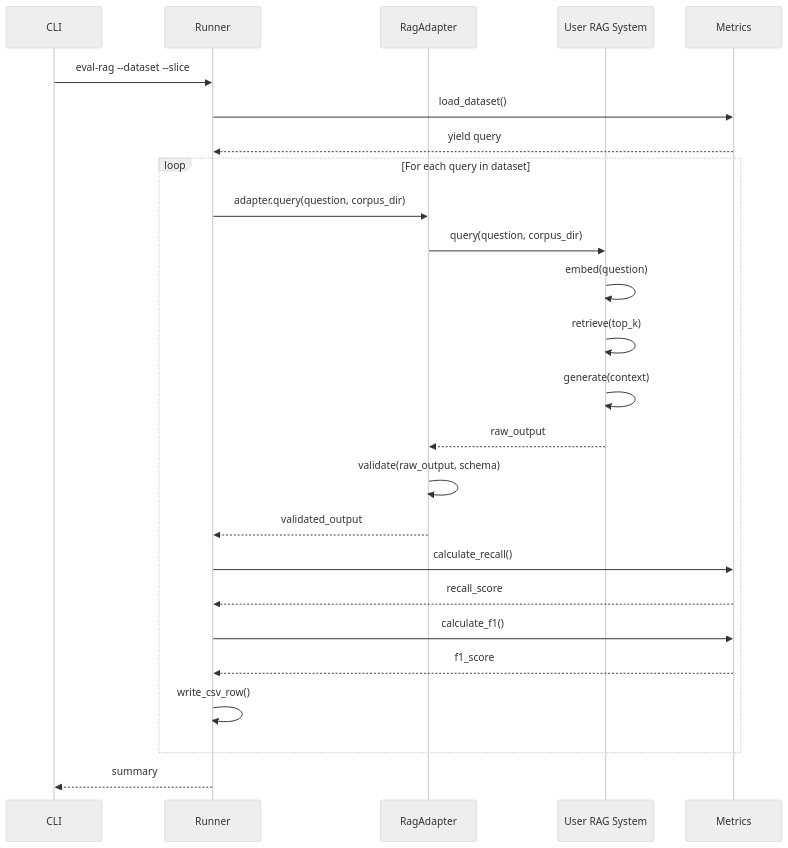
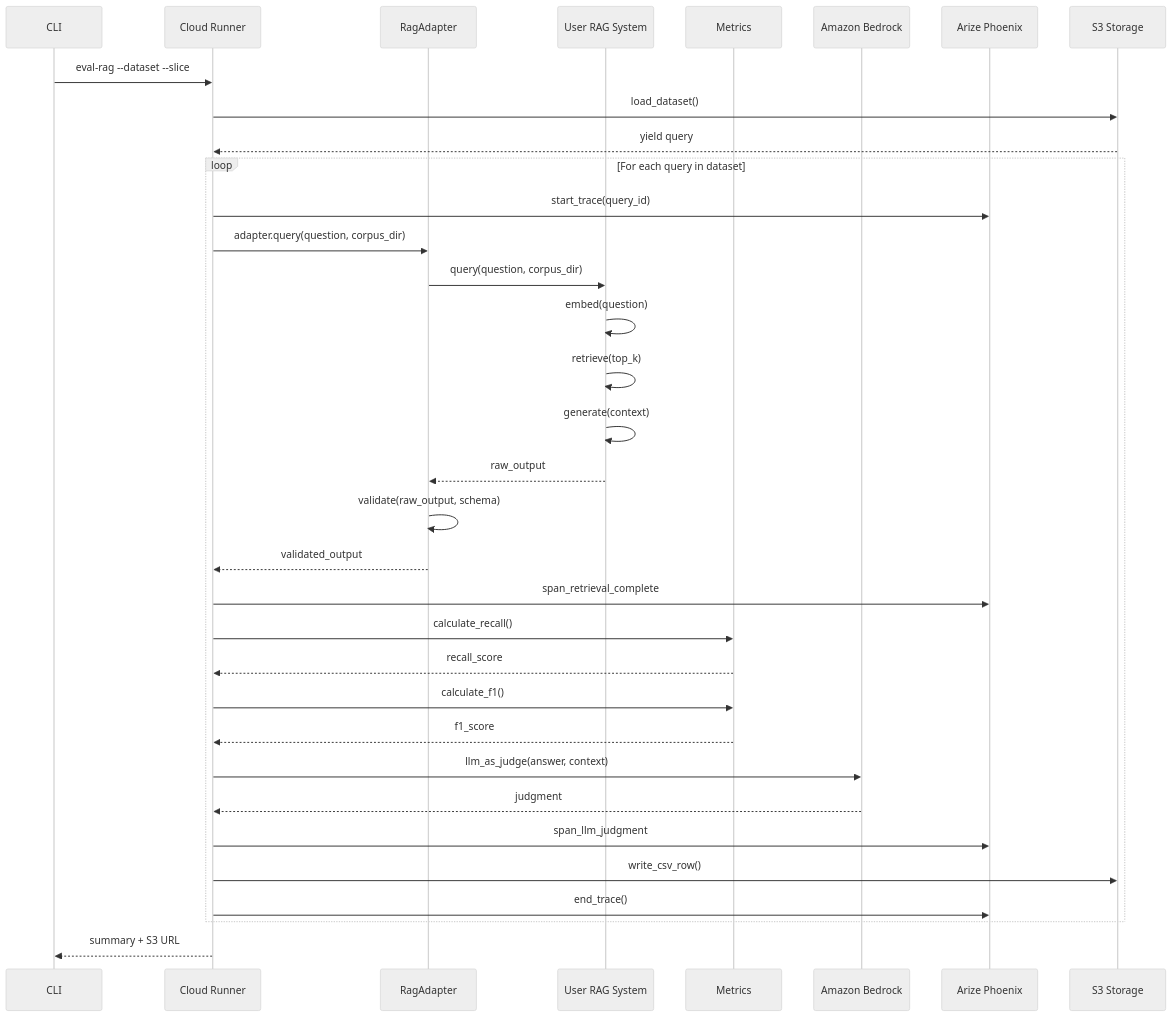
The second of 6 diagrams in docs/design/002-data-flow-detailed.md (anguyenbus/eval-harness), drawn with Mermaid (neutral theme) before and after one commit. The commit also changed other lines of this file and 4 other files, not shown here.

````diff
--- a/docs/design/002-data-flow-detailed.md
+++ b/docs/design/002-data-flow-detailed.md
@@ -117,35 +89,45 @@
 ```mermaid
 sequenceDiagram
     participant CLI as CLI
-    participant Runner as Runner
+    participant Runner as Cloud Runner
     participant Adapter as RagAdapter
     participant RAG as User RAG System
     participant Metrics as Metrics
+    participant Bedrock as Amazon Bedrock
+    participant Phoenix as Arize Phoenix
+    participant S3 as S3 Storage
 
     CLI->>Runner: eval-rag --dataset --slice
-    Runner->>Metrics: load_dataset()
-    Metrics-->>Runner: yield query
+    Runner->>S3: load_dataset()
+    S3-->>Runner: yield query
 
     loop For each query in dataset
+        Runner->>Phoenix: start_trace(query_id)
         Runner->>Adapter: adapter.query(question, corpus_dir)
+
         Adapter->>RAG: query(question, corpus_dir)
-
         RAG->>RAG: embed(question)
         RAG->>RAG: retrieve(top_k)
         RAG->>RAG: generate(context)
+        RAG-->>Adapter: raw_output
 
-        RAG-->>Adapter: raw_output
         Adapter->>Adapter: validate(raw_output, schema)
         Adapter-->>Runner: validated_output
+        Runner->>Phoenix: span_retrieval_complete
 
         Runner->>Metrics: calculate_recall()
         Metrics-->>Runner: recall_score
 
         Runner->>Metrics: calculate_f1()
         Metrics-->>Runner: f1_score
 
-        Runner->>Runner: write_csv_row()
+        Runner->>Bedrock: llm_as_judge(answer, context)
+        Bedrock-->>Runner: judgment
+        Runner->>Phoenix: span_llm_judgment
+
+        Runner->>S3: write_csv_row()
+        Runner->>Phoenix: end_trace()
     end
 
-    Runner-->>CLI: summary
+    Runner-->>CLI: summary + S3 URL
 ```
````
